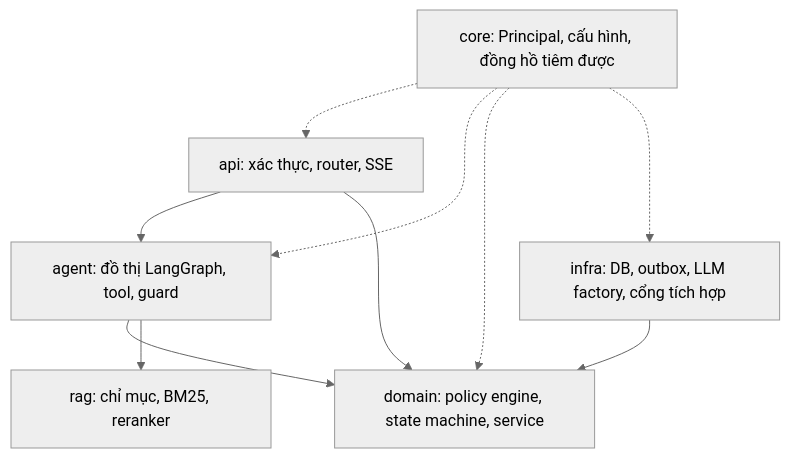
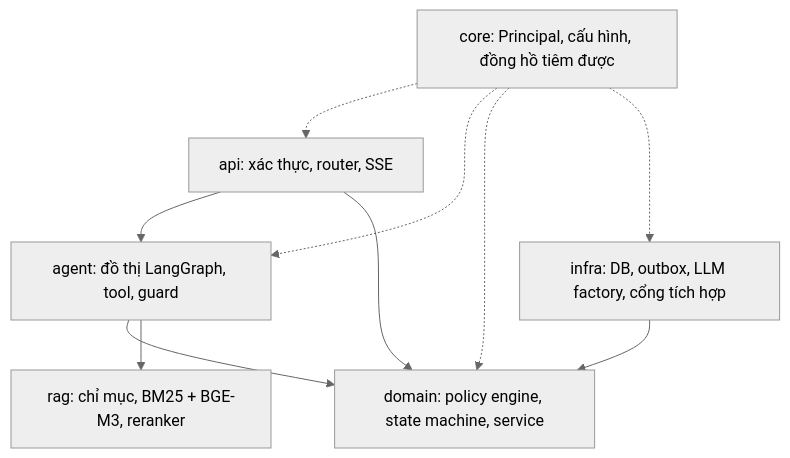
Before and after one commit to nvtanphat/support-shop: the first of 2 diagrams in docs/architecture.md, drawn with Mermaid (neutral theme). The commit also changed other lines of this file and 18 other files, not shown here.

First line of the commit message:
feat(rag): hybrid candidate retrieval with BGE-M3, replace the hashed stand-in embedding

````diff
--- a/docs/architecture.md
+++ b/docs/architecture.md
@@ -44,12 +44,12 @@
 ```mermaid
 flowchart TB
     api["api: xác thực, router, SSE"] --> agent["agent: đồ thị LangGraph, tool, guard"]
     api --> domain
     agent --> domain["domain: policy engine, state machine, service"]
-    agent --> rag["rag: chỉ mục, BM25, reranker"]
+    agent --> rag["rag: chỉ mục, BM25 + BGE-M3, reranker"]
     infra["infra: DB, outbox, LLM factory, cổng tích hợp"] --> domain
     core["core: Principal, cấu hình, đồng hồ tiêm được"] -.-> api
     core -.-> agent
     core -.-> domain
     core -.-> infra
 ```
````
